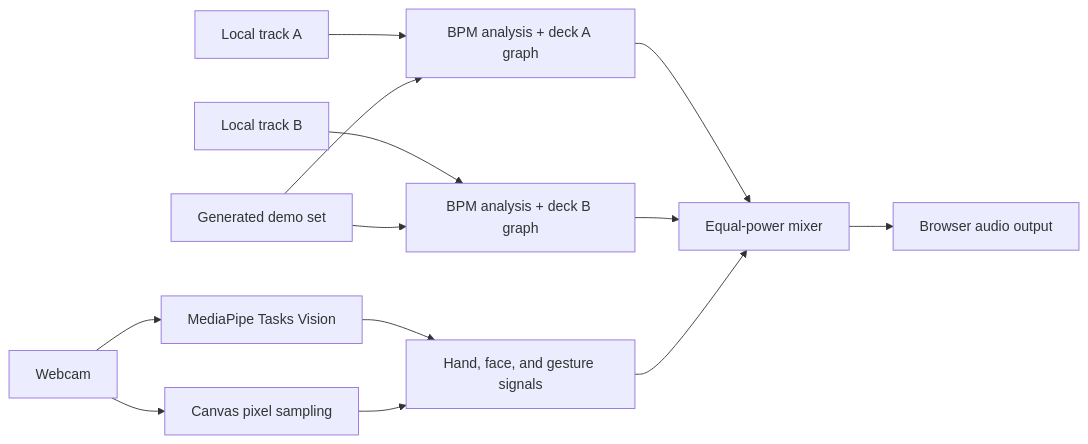
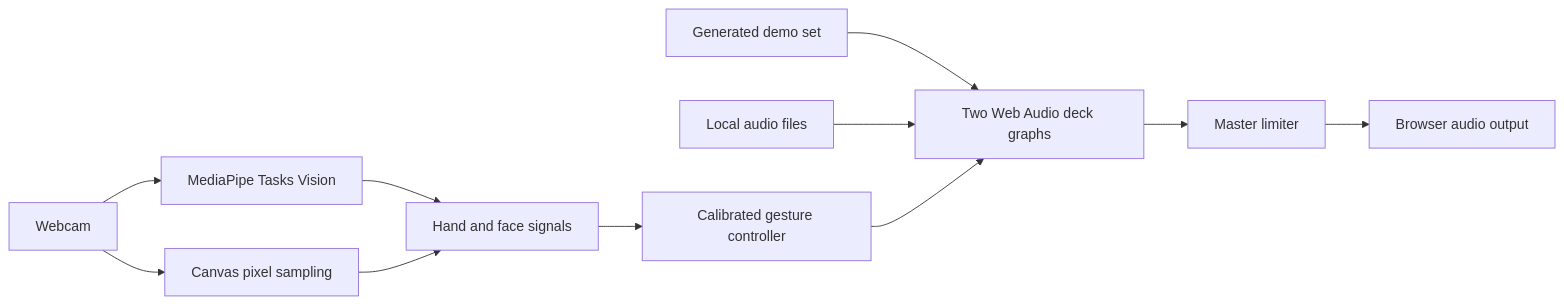
Before and after one commit to kaantaskentt/conductor-vision: the diagram in README.md, drawn with Mermaid. The commit also changed other lines of this file and 23 other files, not shown here.

````diff
--- a/README.md
+++ b/README.md
@@ -79,15 +88,13 @@
 ```mermaid
 flowchart LR
   Camera["Webcam"] --> Vision["MediaPipe Tasks Vision"]
-  Vision --> Signals["Hand, face, and gesture signals"]
+  Vision --> Signals["Hand and face signals"]
   Camera --> Pixels["Canvas pixel sampling"]
   Pixels --> Signals
-  DeckA["Local track A"] --> TempoA["BPM analysis + deck A graph"]
-  DeckB["Local track B"] --> TempoB["BPM analysis + deck B graph"]
-  Demo["Generated demo set"] --> TempoA
-  Demo --> TempoB
-  TempoA --> Mixer["Equal-power mixer"]
-  TempoB --> Mixer
-  Signals --> Mixer
-  Mixer --> Output["Browser audio output"]
+  Demo["Generated demo set"] --> Decks["Two Web Audio deck graphs"]
+  Files["Local audio files"] --> Decks
+  Signals --> Gestures["Calibrated gesture controller"]
+  Gestures --> Decks
+  Decks --> Limiter["Master limiter"]
+  Limiter --> Output["Browser audio output"]
 ```
````
